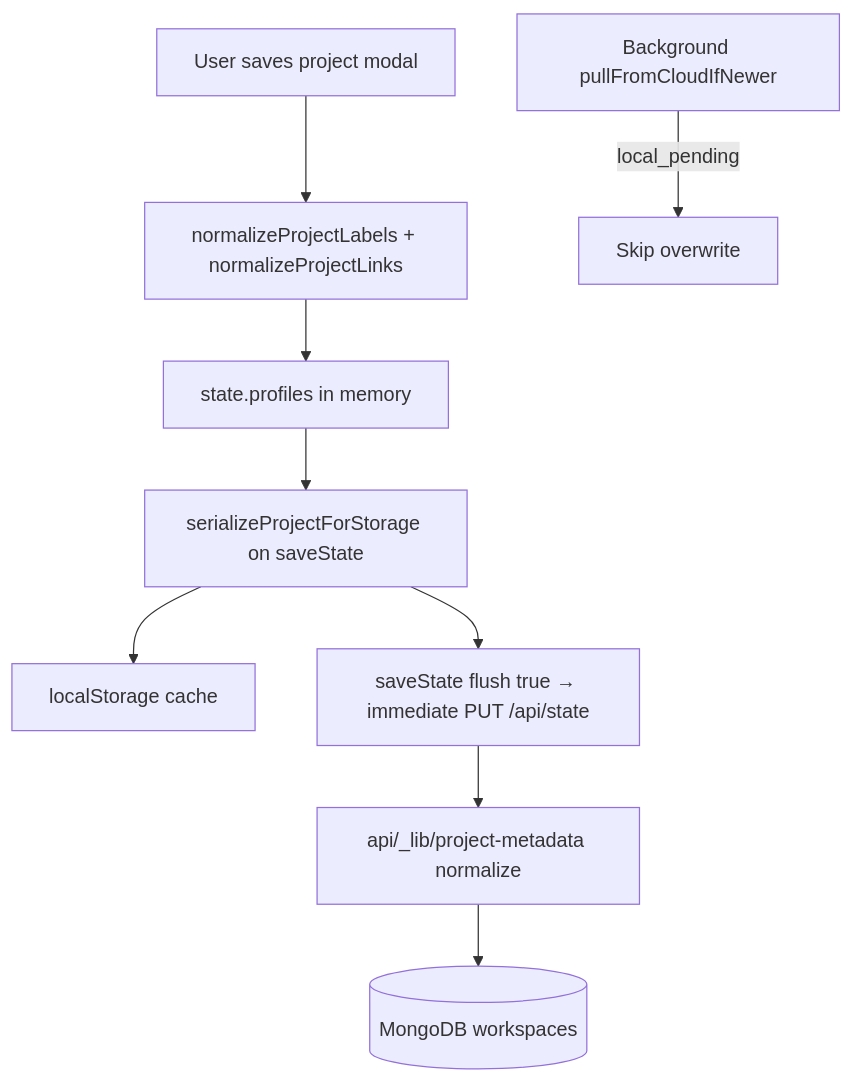
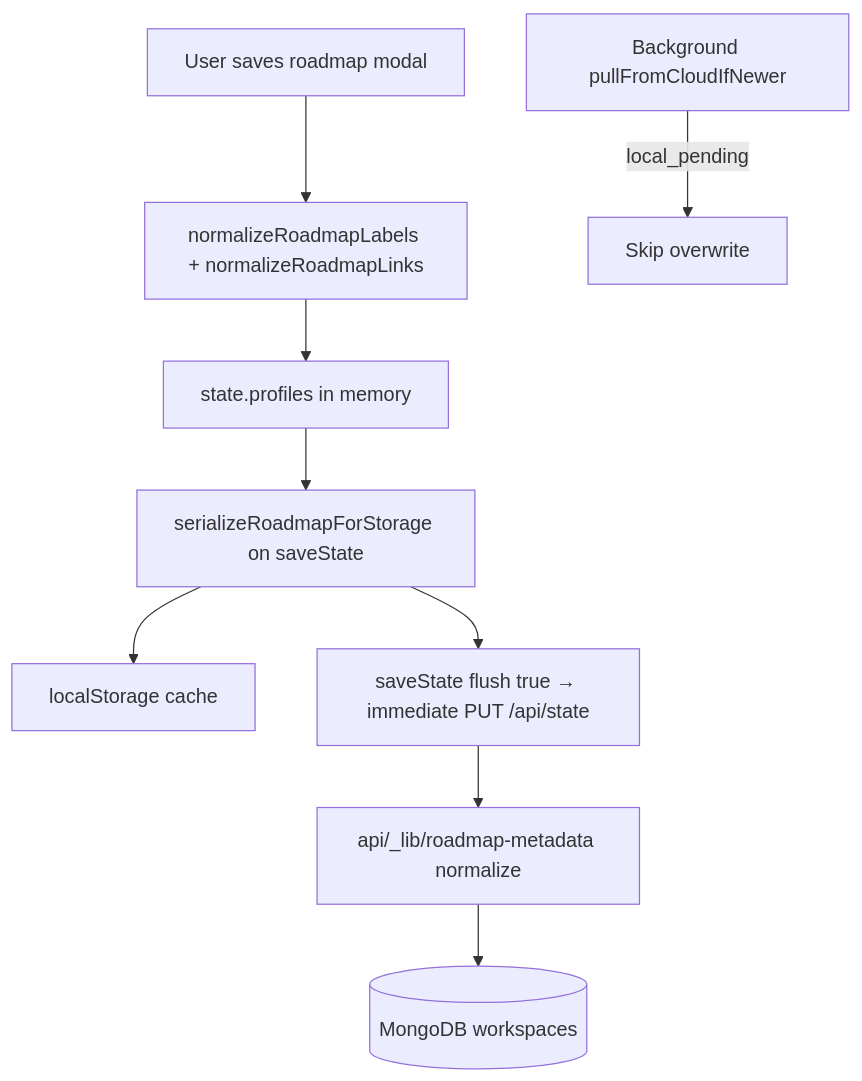
The tenth of 14 diagrams in docs/VARIABLES.md (RifqiMT/pm-prioritization-tool), drawn with Mermaid before and after one commit. The commit also changed other lines of this file and 59 other files, not shown here.

First line of the commit message:
feat(ui193): rename Project→Roadmap, add KANO portfolio view, and full docs sync

````diff
--- a/docs/VARIABLES.md
+++ b/docs/VARIABLES.md
@@ -334,11 +344,11 @@
 ```mermaid
 flowchart TD
-  EDIT[User saves project modal] --> NORM[normalizeProjectLabels + normalizeProjectLinks]
+  EDIT[User saves roadmap modal] --> NORM[normalizeRoadmapLabels + normalizeRoadmapLinks]
   NORM --> MEM[state.profiles in memory]
-  MEM --> SER[serializeProjectForStorage on saveState]
+  MEM --> SER[serializeRoadmapForStorage on saveState]
   SER --> CACHE[localStorage cache]
   SER --> FLUSH[saveState flush true → immediate PUT /api/state]
-  FLUSH --> API[api/_lib/project-metadata normalize]
+  FLUSH --> API[api/_lib/roadmap-metadata normalize]
   API --> MONGO[(MongoDB workspaces)]
   PULL[Background pullFromCloudIfNewer] -->|local_pending| SKIP[Skip overwrite]
 ```
````
